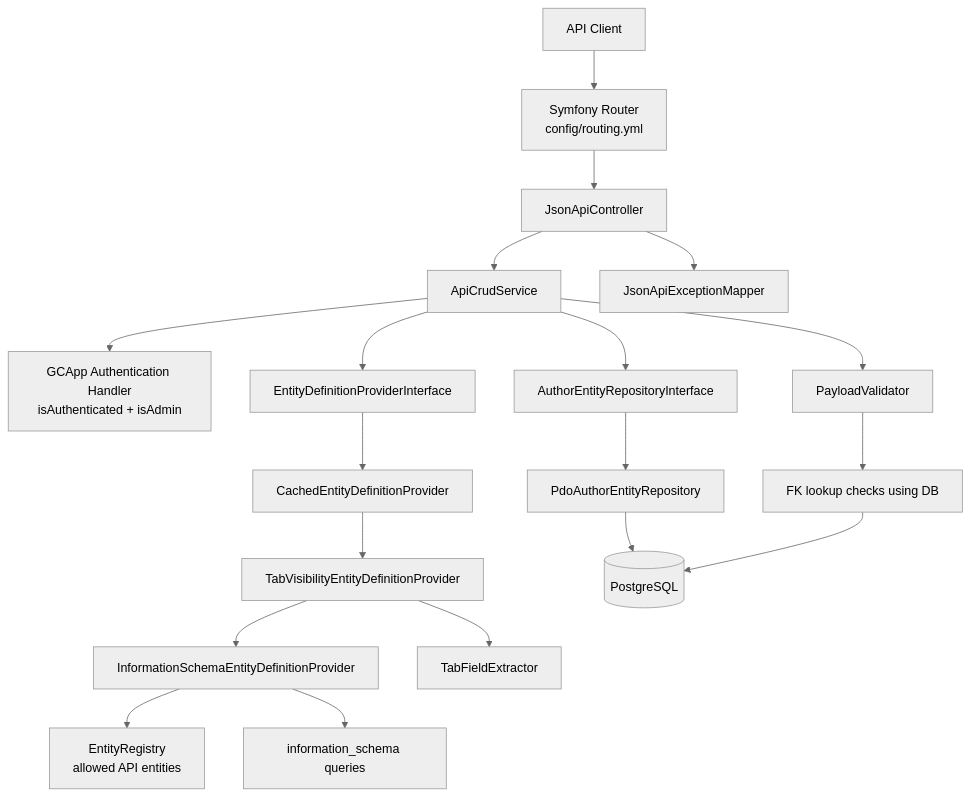
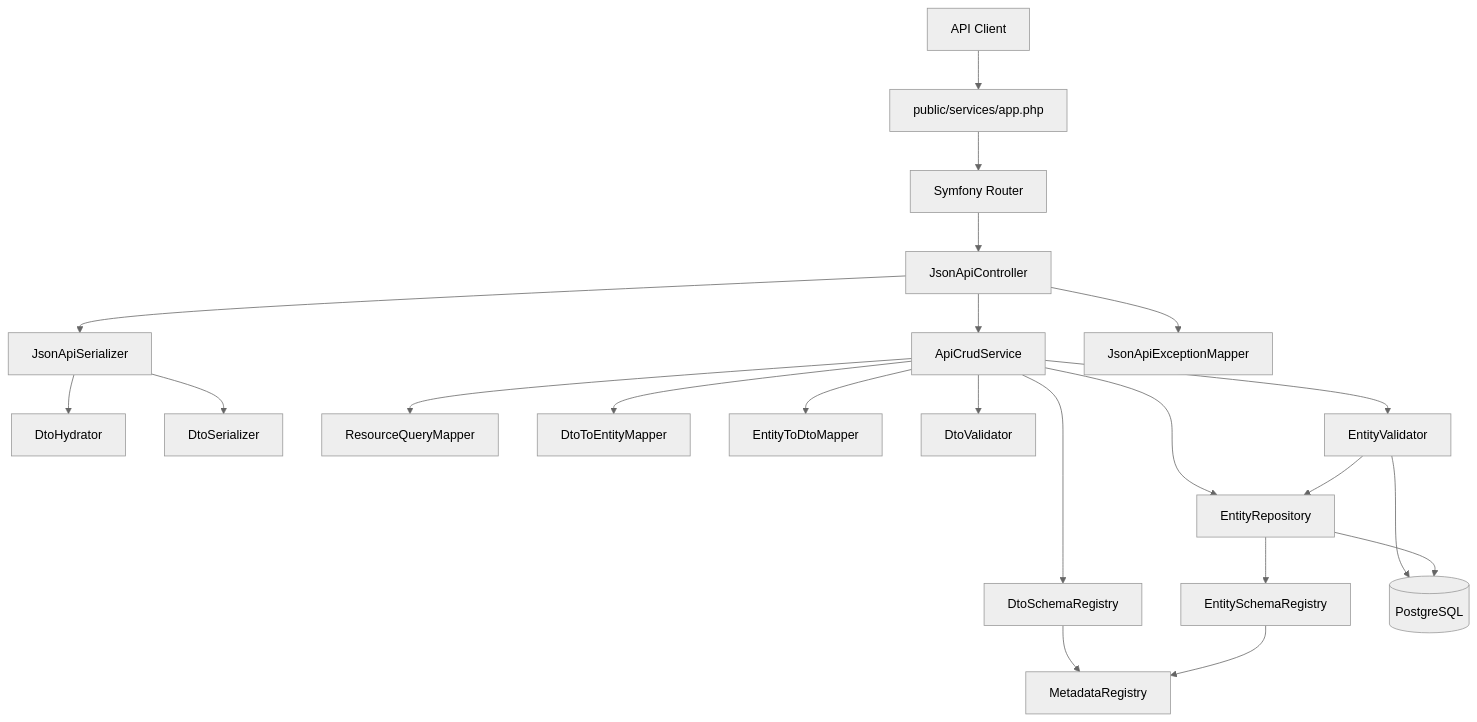
One commit to gisclient/gisclient-3 changed the first of 2 diagrams in doc/api-author-crud.md. Above: the diagram before and after it, drawn with Mermaid (neutral theme). The commit also changed other lines of this file, not shown here.

Commit message:
docs(api): update author CRUD documentation

````diff
--- a/doc/api-author-crud.md
+++ b/doc/api-author-crud.md
@@ -56,26 +97,29 @@
 ```mermaid
 graph TD
-    Client[API Client] --> Router[Symfony Router<br/>config/routing.yml]
+    Client[API Client] --> Front[public/services/app.php]
+    Front --> Router[Symfony Router]
     Router --> Controller[JsonApiController]
 
+    Controller --> Serializer[JsonApiSerializer]
     Controller --> Service[ApiCrudService]
-    Controller --> Mapper[JsonApiExceptionMapper]
+    Controller --> ExMapper[JsonApiExceptionMapper]
 
-    Service --> Auth[GCApp Authentication Handler<br/>isAuthenticated + isAdmin]
-    Service --> DefProvider[EntityDefinitionProviderInterface]
-    Service --> Validator[PayloadValidator]
-    Service --> RepoIf[AuthorEntityRepositoryInterface]
+    Serializer --> Hydrator[DtoHydrator]
+    Serializer --> DtoSerializer[DtoSerializer]
 
-    DefProvider --> CacheProvider[CachedEntityDefinitionProvider]
-    CacheProvider --> TabVisibility[TabVisibilityEntityDefinitionProvider]
-    TabVisibility --> InfoSchema[InformationSchemaEntityDefinitionProvider]
-    TabVisibility --> TabFields[TabFieldExtractor]
-    InfoSchema --> Registry[EntityRegistry<br/>allowed API entities]
-    InfoSchema --> ISDB[information_schema queries]
+    Service --> DtoRegistry[DtoSchemaRegistry]
+    Service --> QueryMapper[ResourceQueryMapper]
+    Service --> DtoToEntity[DtoToEntityMapper]
+    Service --> EntityToDto[EntityToDtoMapper]
+    Service --> DtoValidator[DtoValidator]
+    Service --> EntityValidator[EntityValidator]
+    Service --> Repository[EntityRepository]
 
-    RepoIf --> Repo[PdoAuthorEntityRepository]
-    Validator --> LookupCheck[FK lookup checks using DB]
+    DtoRegistry --> Metadata[MetadataRegistry]
+    Repository --> EntitySchemaRegistry[EntitySchemaRegistry]
+    EntitySchemaRegistry --> Metadata
 
-    Repo --> DB[(PostgreSQL)]
-    LookupCheck --> DB
+    EntityValidator --> Repository
+    EntityValidator --> DB[(PostgreSQL)]
+    Repository --> DB
 ```
````
